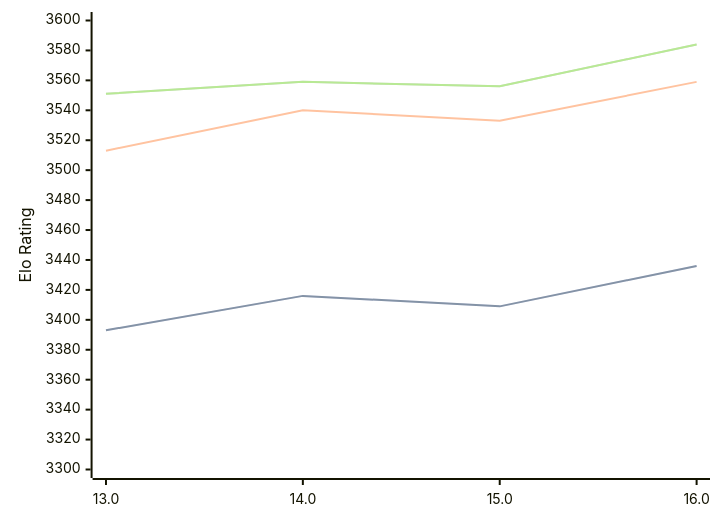
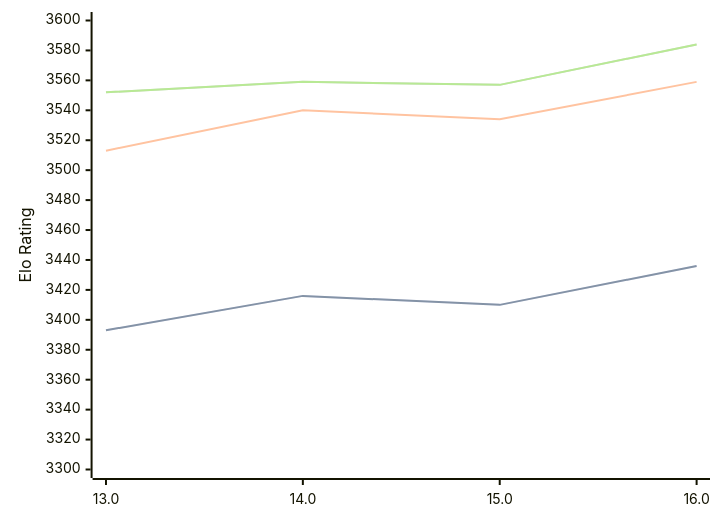
The diagram in engines/Obsidian.md (computer-chess-index/cci), drawn with Mermaid before and after one commit. The commit also changed other lines of this file, not shown here.

Commit message:
Update CCI Ratings (ELO VLTC) - 2026-08-27

````diff
--- a/engines/Obsidian.md
+++ b/engines/Obsidian.md
@@ -34,11 +34,11 @@
 ```mermaid
 %%{init: {"theme":"base","themeVariables":{"seriesColors:['#a3a3a3','#222221','#faa371']}}}%%
 xychart-beta
   x-axis ["13.0", "14.0", "15.0", "16.0"]
   y-axis "Elo Rating" 3300 --> 3600
-  line "STC (8.0+0.08s)" [3393, 3416, 3409, 3436]
-  line "STC (8.0+0.08s)" [3393, 3416, 3409, 3436]
-  line "LTC (60.0+0.60s)" [3513, 3540, 3533, 3559]
-  line "VLTC (2m24s+1.12s)" [3551, 3559, 3556, 3584]
-  line "VLTC (2m24s+1.12s)" [3551, 3559, 3556, 3584]
+  line "STC (8.0+0.08s)" [3393, 3416, 3410, 3436]
+  line "STC (8.0+0.08s)" [3393, 3416, 3410, 3436]
+  line "LTC (60.0+0.60s)" [3513, 3540, 3534, 3559]
+  line "VLTC (2m24s+1.12s)" [3552, 3559, 3557, 3584]
+  line "VLTC (2m24s+1.12s)" [3552, 3559, 3557, 3584]
 ```
````
